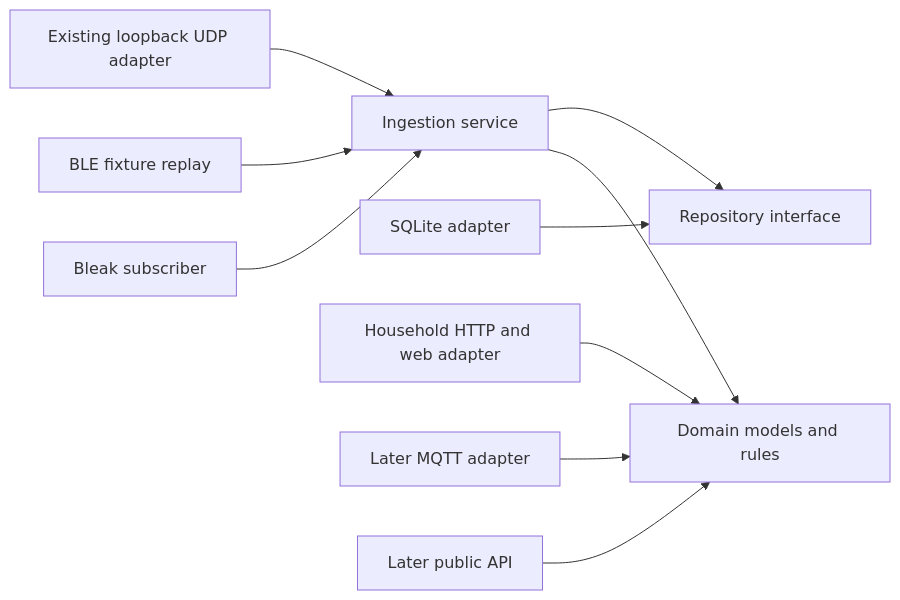
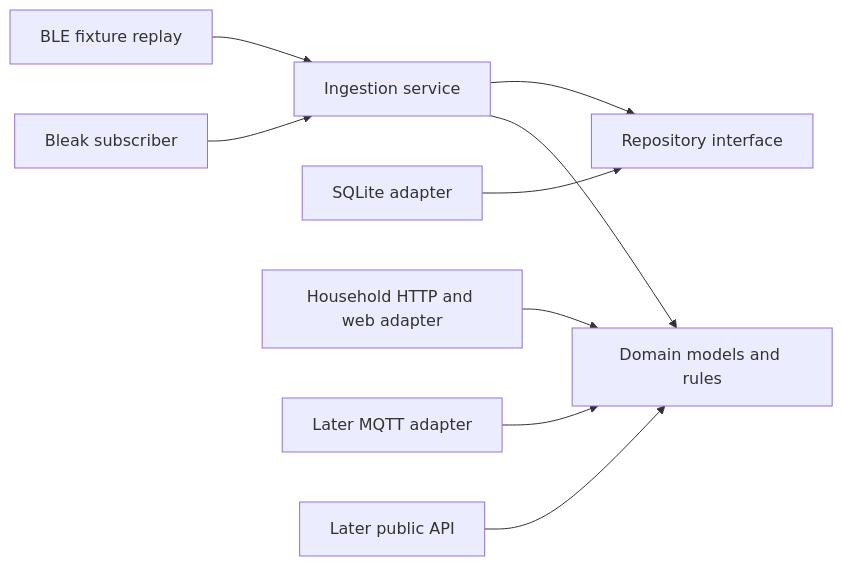
Before and after one commit to keefo/open-plant-pulse: the second of 2 diagrams in docs/architecture.md, drawn with Mermaid. The commit also changed other lines of this file and 22 other files, not shown here.

````diff
--- a/docs/architecture.md
+++ b/docs/architecture.md
@@ -60,12 +60,11 @@
 ```mermaid
 flowchart LR
     Bleak[Bleak subscriber] --> Ingest[Ingestion service]
     Replay[BLE fixture replay] --> Ingest
-    UDP[Existing loopback UDP adapter] --> Ingest
     Ingest --> Domain[Domain models and rules]
     Ingest --> Repo[Repository interface]
     SQLite[SQLite adapter] --> Repo
     Web[Household HTTP and web adapter] --> Domain
     MQTT[Later MQTT adapter] --> Domain
     PublicAPI[Later public API] --> Domain
 ```
````
